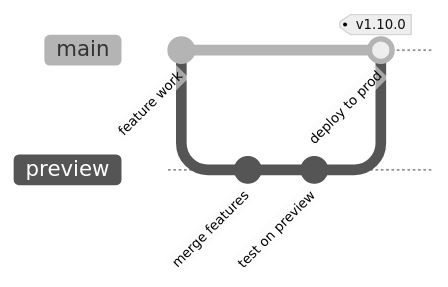
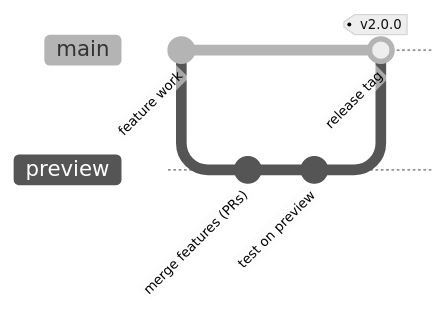
One commit to gsinghjay/astro-shadcn-sanity changed the second of 2 diagrams in docs/cloudflare-infrastructure-guide.md. Above: the diagram before and after it, drawn with Mermaid (neutral theme). The commit also changed other lines of this file and 17 other files, not shown here.

````diff
--- a/docs/cloudflare-infrastructure-guide.md
+++ b/docs/cloudflare-infrastructure-guide.md
@@ -431,9 +463,9 @@
 ```mermaid
 gitGraph
     commit id: "feature work"
     branch preview
-    commit id: "merge features"
+    commit id: "merge features (PRs)"
     commit id: "test on preview"
     checkout main
-    merge preview id: "deploy to prod" tag: "v1.10.0"
+    merge preview id: "release tag" tag: "v2.0.0"
 ```
````
